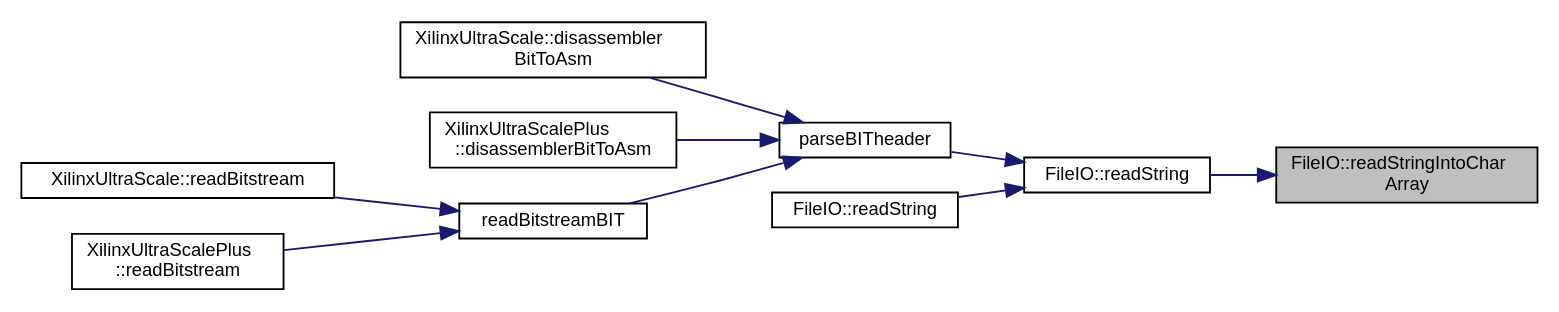
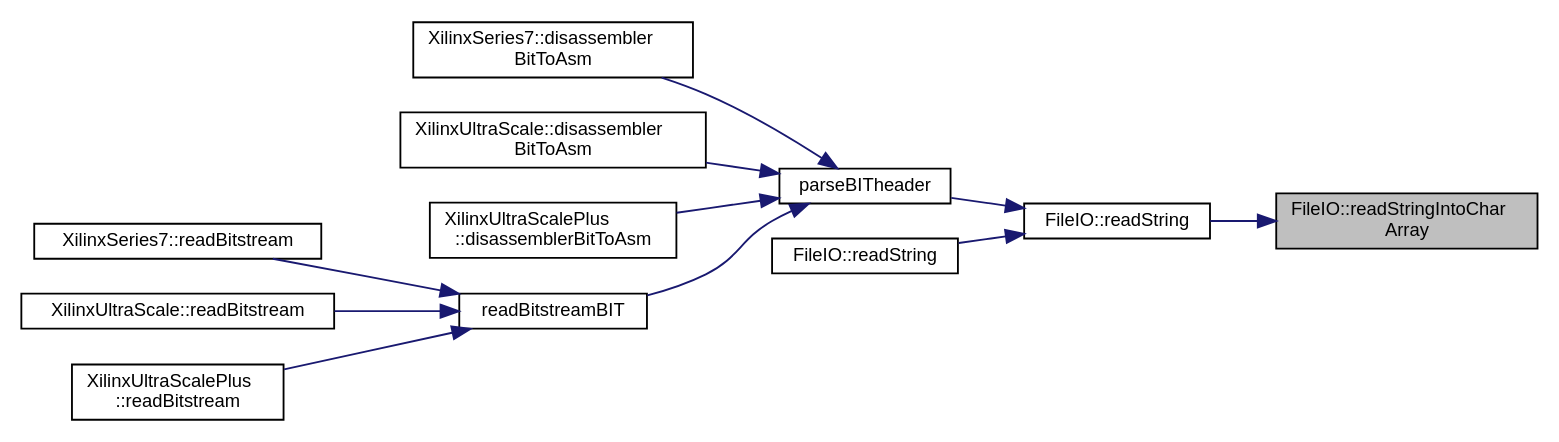
The diagram in namespaceFileIO_a17b5ea8e749675ecdb32439b2054e69e_icgraph.dot (FPGA-Research-Manchester/byteman), drawn with Graphviz before and after one commit. The commit also changed 2360 other files, not shown here.

```diff
--- a/namespaceFileIO_a17b5ea8e749675ecdb32439b2054e69e_icgraph.dot
+++ b/namespaceFileIO_a17b5ea8e749675ecdb32439b2054e69e_icgraph.dot
@@ -1,25 +1,29 @@
 digraph "FileIO::readStringIntoCharArray"
 {
  // INTERACTIVE_SVG=YES
  // LATEX_PDF_SIZE
   edge [fontname="Helvetica",fontsize="10",labelfontname="Helvetica",labelfontsize="10"];
   node [fontname="Helvetica",fontsize="10",shape=record];
   rankdir="RL";
   Node1 [label="FileIO::readStringIntoChar\lArray",height=0.2,width=0.4,color="black", fillcolor="grey75", style="filled", fontcolor="black",tooltip=" "];
   Node1 -> Node2 [dir="back",color="midnightblue",fontsize="10",style="solid",fontname="Helvetica"];
   Node2 [label="FileIO::readString",height=0.2,width=0.4,color="black", fillcolor="white", style="filled",URL="$namespaceFileIO.html#ad41f7dbc9c1ed8a51accfadf6c8fc978",tooltip=" "];
   Node2 -> Node3 [dir="back",color="midnightblue",fontsize="10",style="solid",fontname="Helvetica"];
-  Node3 [label="parseBITheader",height=0.2,width=0.4,color="black", fillcolor="white", style="filled",URL="$XCAP__inline__Input_8h.html#ac0e8d10f67fbe4b89886a2f5be7c690c",tooltip=" "];
+  Node3 [label="parseBITheader",height=0.2,width=0.4,color="black", fillcolor="white", style="filled",URL="$inlineInput_8h.html#ac0e8d10f67fbe4b89886a2f5be7c690c",tooltip=" "];
   Node3 -> Node4 [dir="back",color="midnightblue",fontsize="10",style="solid",fontname="Helvetica"];
-  Node4 [label="XilinxUltraScale::disassembler\lBitToAsm",height=0.2,width=0.4,color="black", fillcolor="white", style="filled",URL="$classXilinxUltraScale.html#a1e74fd2f5f3122339373ac7e571c0743",tooltip=" "];
+  Node4 [label="XilinxSeries7::disassembler\lBitToAsm",height=0.2,width=0.4,color="black", fillcolor="white", style="filled",URL="$classXilinxSeries7.html#a4239ae4d300adffe6005349f64d8e6ff",tooltip=" "];
   Node3 -> Node5 [dir="back",color="midnightblue",fontsize="10",style="solid",fontname="Helvetica"];
-  Node5 [label="XilinxUltraScalePlus\l::disassemblerBitToAsm",height=0.2,width=0.4,color="black", fillcolor="white", style="filled",URL="$classXilinxUltraScalePlus.html#a54f9af4b6723a99c0b9e8e9c9b424d00",tooltip=" "];
+  Node5 [label="XilinxUltraScale::disassembler\lBitToAsm",height=0.2,width=0.4,color="black", fillcolor="white", style="filled",URL="$classXilinxUltraScale.html#a1e74fd2f5f3122339373ac7e571c0743",tooltip=" "];
   Node3 -> Node6 [dir="back",color="midnightblue",fontsize="10",style="solid",fontname="Helvetica"];
-  Node6 [label="readBitstreamBIT",height=0.2,width=0.4,color="black", fillcolor="white", style="filled",URL="$XCAP__inline__Input_8h.html#a2015af67475241b52cb4fdd54ab6577e",tooltip=" "];
-  Node6 -> Node7 [dir="back",color="midnightblue",fontsize="10",style="solid",fontname="Helvetica"];
-  Node7 [label="XilinxUltraScale::readBitstream",height=0.2,width=0.4,color="black", fillcolor="white", style="filled",URL="$classXilinxUltraScale.html#a8d9e8e7846e7af191060d73b21024d8a",tooltip=" "];
-  Node6 -> Node8 [dir="back",color="midnightblue",fontsize="10",style="solid",fontname="Helvetica"];
-  Node8 [label="XilinxUltraScalePlus\l::readBitstream",height=0.2,width=0.4,color="black", fillcolor="white", style="filled",URL="$classXilinxUltraScalePlus.html#a0e5d08a2e5c37a29a1a04d50b48739d2",tooltip=" "];
-  Node2 -> Node9 [dir="back",color="midnightblue",fontsize="10",style="solid",fontname="Helvetica"];
-  Node9 [label="FileIO::readString",height=0.2,width=0.4,color="black", fillcolor="white", style="filled",URL="$namespaceFileIO.html#a110b175fc0a49feb5f3fd056707f9d7a",tooltip=" "];
+  Node6 [label="XilinxUltraScalePlus\l::disassemblerBitToAsm",height=0.2,width=0.4,color="black", fillcolor="white", style="filled",URL="$classXilinxUltraScalePlus.html#a54f9af4b6723a99c0b9e8e9c9b424d00",tooltip=" "];
+  Node3 -> Node7 [dir="back",color="midnightblue",fontsize="10",style="solid",fontname="Helvetica"];
+  Node7 [label="readBitstreamBIT",height=0.2,width=0.4,color="black", fillcolor="white", style="filled",URL="$inlineInput_8h.html#a2015af67475241b52cb4fdd54ab6577e",tooltip=" "];
+  Node7 -> Node8 [dir="back",color="midnightblue",fontsize="10",style="solid",fontname="Helvetica"];
+  Node8 [label="XilinxSeries7::readBitstream",height=0.2,width=0.4,color="black", fillcolor="white", style="filled",URL="$classXilinxSeries7.html#a81a5d771b3230f2442613574c522f7c8",tooltip=" "];
+  Node7 -> Node9 [dir="back",color="midnightblue",fontsize="10",style="solid",fontname="Helvetica"];
+  Node9 [label="XilinxUltraScale::readBitstream",height=0.2,width=0.4,color="black", fillcolor="white", style="filled",URL="$classXilinxUltraScale.html#a8d9e8e7846e7af191060d73b21024d8a",tooltip=" "];
+  Node7 -> Node10 [dir="back",color="midnightblue",fontsize="10",style="solid",fontname="Helvetica"];
+  Node10 [label="XilinxUltraScalePlus\l::readBitstream",height=0.2,width=0.4,color="black", fillcolor="white", style="filled",URL="$classXilinxUltraScalePlus.html#a0e5d08a2e5c37a29a1a04d50b48739d2",tooltip=" "];
+  Node2 -> Node11 [dir="back",color="midnightblue",fontsize="10",style="solid",fontname="Helvetica"];
+  Node11 [label="FileIO::readString",height=0.2,width=0.4,color="black", fillcolor="white", style="filled",URL="$namespaceFileIO.html#a110b175fc0a49feb5f3fd056707f9d7a",tooltip=" "];
 }
```
